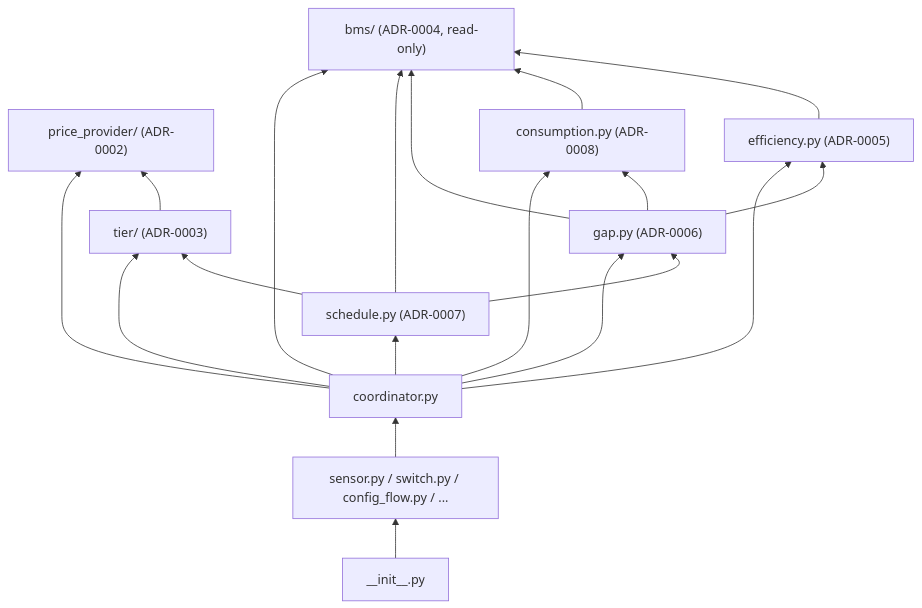
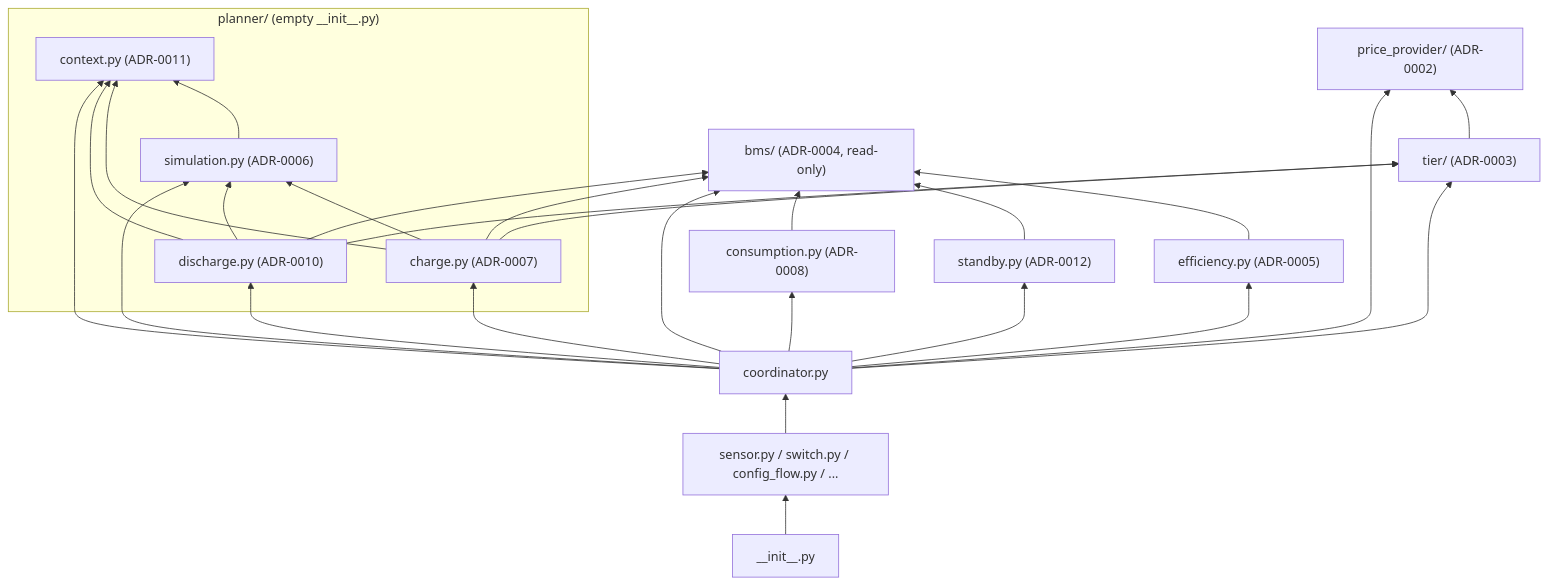
One commit to eschnepel/chargy changed the diagram in adr/ADR-0001-project-conventions.md. Above: the diagram before and after it, drawn with Mermaid. The commit also changed other lines of this file and 18 other files, not shown here.

````diff
--- a/adr/ADR-0001-project-conventions.md
+++ b/adr/ADR-0001-project-conventions.md
@@ -42,32 +43,44 @@
 ```mermaid
 flowchart BT
     price_provider["price_provider/ (ADR-0002)"]
     tier["tier/ (ADR-0003)"]
     bms["bms/ (ADR-0004, read-only)"]
     consumption["consumption.py (ADR-0008)"]
     efficiency["efficiency.py (ADR-0005)"]
-    gap["gap.py (ADR-0006)"]
-    schedule["schedule.py (ADR-0007)"]
+    standby["standby.py (ADR-0012)"]
+    subgraph planner["planner/ (empty __init__.py)"]
+        context["context.py (ADR-0011)"]
+        simulation["simulation.py (ADR-0006)"]
+        charge["charge.py (ADR-0007)"]
+        discharge["discharge.py (ADR-0010)"]
+    end
     coordinator["coordinator.py"]
     entity_glue["sensor.py / switch.py / config_flow.py / ..."]
     init["__init__.py"]
 
     tier --> price_provider
     efficiency --> bms
+    standby --> bms
     consumption --> bms
-    gap --> bms
-    gap --> consumption
-    gap --> efficiency
-    schedule --> tier
-    schedule --> gap
-    schedule --> bms
+    simulation --> context
+    charge --> tier
+    charge --> simulation
+    charge --> bms
+    charge --> context
+    discharge --> tier
+    discharge --> simulation
+    discharge --> bms
+    discharge --> context
     coordinator --> price_provider
     coordinator --> tier
     coordinator --> bms
     coordinator --> consumption
     coordinator --> efficiency
-    coordinator --> gap
-    coordinator --> schedule
+    coordinator --> standby
+    coordinator --> simulation
+    coordinator --> charge
+    coordinator --> discharge
+    coordinator --> context
     entity_glue --> coordinator
     init --> entity_glue
 ```
````
